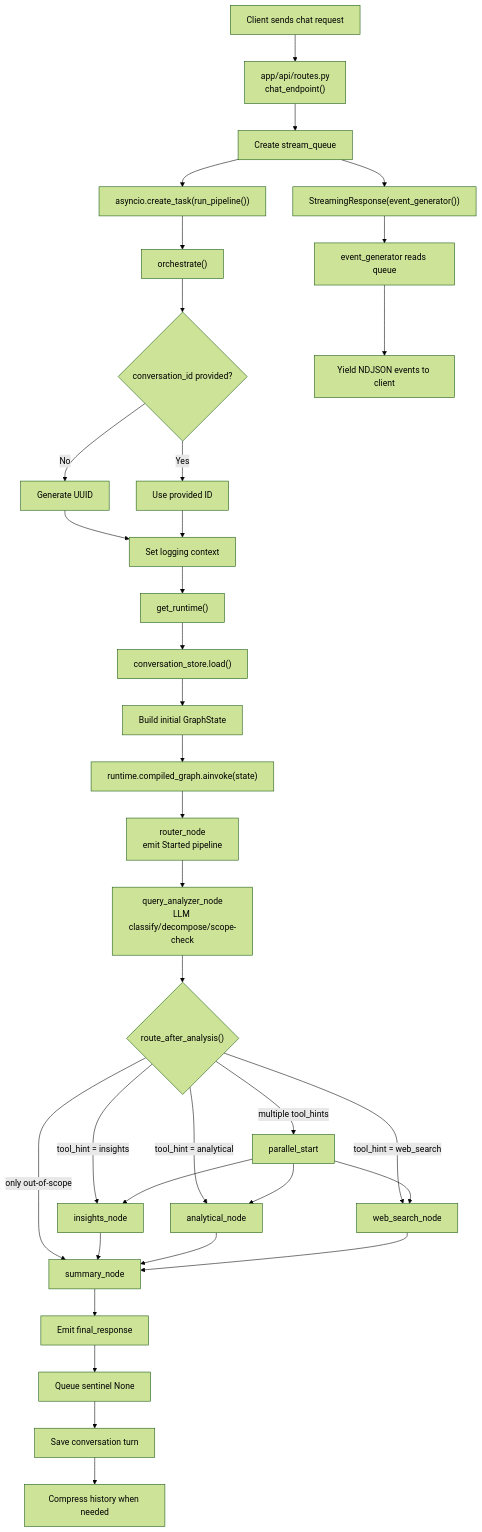
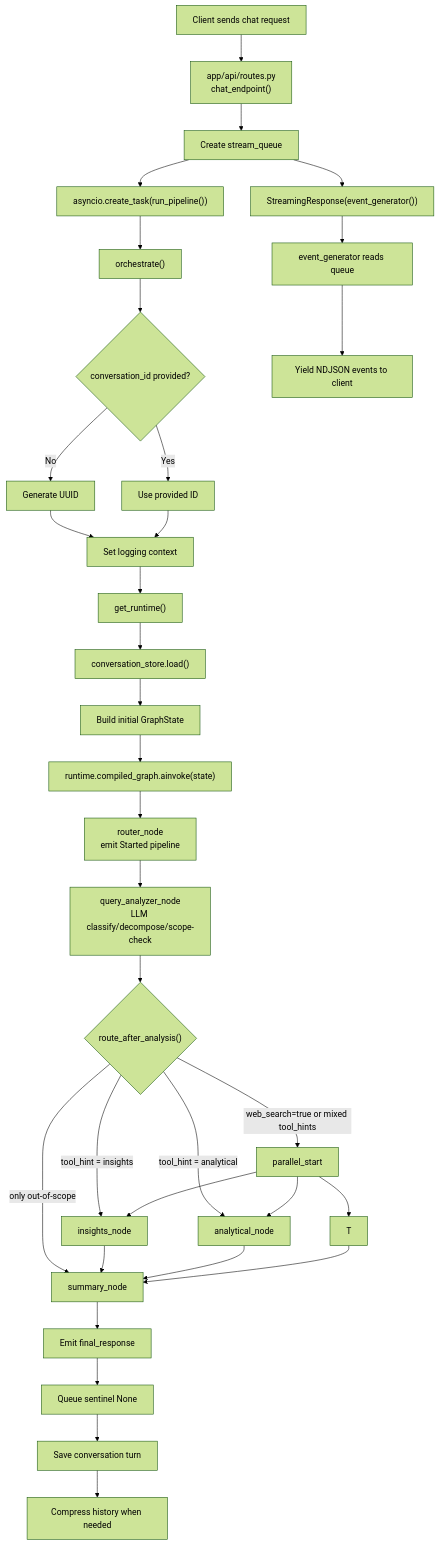
The second of 4 diagrams in documentation/architecture_overview.md (crimsonKn1ght/llm-app-agent-data-science_v1), drawn with Mermaid (forest theme) before and after one commit. The commit also changed other lines of this file and 16 other files, not shown here.

Commit message:
Make web search request-owned in analyzer routing

````diff
--- a/documentation/architecture_overview.md
+++ b/documentation/architecture_overview.md
@@ -67,45 +67,44 @@
 ```mermaid
 flowchart TD
     A["Client sends chat request"] --> B["app/api/routes.py<br/>chat_endpoint()"]
     B --> C["Create stream_queue"]
     C --> D["asyncio.create_task(run_pipeline())"]
     C --> E["StreamingResponse(event_generator())"]
 
     D --> F["orchestrate()"]
     F --> G{"conversation_id provided?"}
     G -- "No" --> H["Generate UUID"]
     G -- "Yes" --> I["Use provided ID"]
     H --> J["Set logging context"]
     I --> J
 
     J --> K["get_runtime()"]
     K --> L["conversation_store.load()"]
     L --> M["Build initial GraphState"]
     M --> N["runtime.compiled_graph.ainvoke(state)"]
 
     N --> O["router_node<br/>emit Started pipeline"]
     O --> P["query_analyzer_node<br/>LLM classify/decompose/scope-check"]
     P --> Q{"route_after_analysis()"}
 
     Q -- "tool_hint = insights" --> R["insights_node"]
     Q -- "tool_hint = analytical" --> S["analytical_node"]
-    Q -- "tool_hint = web_search" --> T["web_search_node"]
-    Q -- "multiple tool_hints" --> U["parallel_start"]
+    Q -- "web_search=true or mixed tool_hints" --> U["parallel_start"]
     Q -- "only out-of-scope" --> V["summary_node"]
 
     U --> R
     U --> S
     U --> T
 
     R --> V
     S --> V
     T --> V
 
     V --> W["Emit final_response"]
     W --> X["Queue sentinel None"]
     X --> Y["Save conversation turn"]
     Y --> Z["Compress history when needed"]
 
     E --> AA["event_generator reads queue"]
     AA --> AB["Yield NDJSON events to client"]
 ```
````
